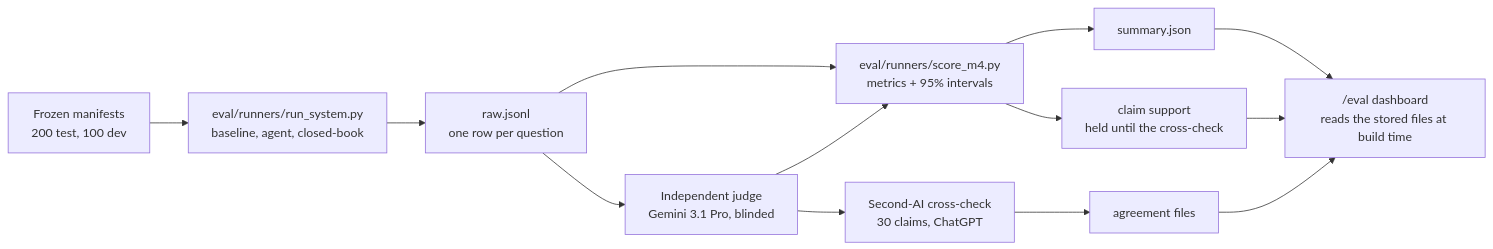
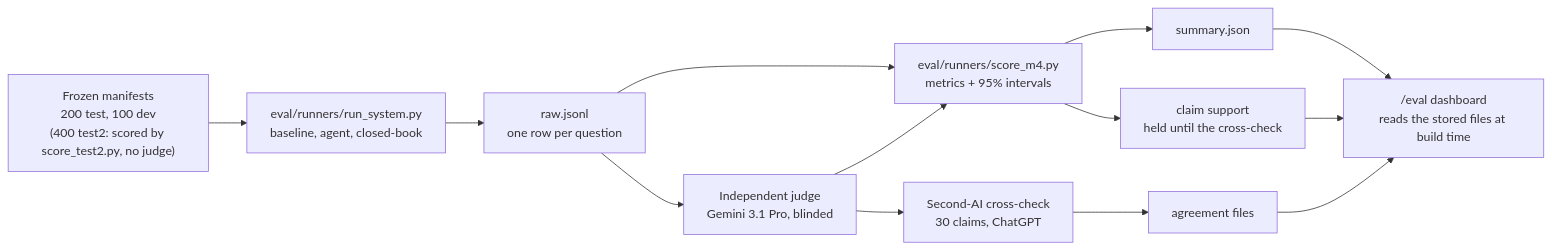
Before and after one commit to Prabh54/groundedmed: the diagram in docs/methodology.md, drawn with Mermaid. The commit also changed other lines of this file and 10 other files, not shown here.

First line of the commit message:
Publish the second test set results on the README and /eval page

````diff
--- a/docs/methodology.md
+++ b/docs/methodology.md
@@ -27,13 +29,13 @@
 ```mermaid
 flowchart LR
-    MF["Frozen manifests<br/>200 test, 100 dev"] --> RUN["eval/runners/run_system.py<br/>baseline, agent, closed-book"]
+    MF["Frozen manifests<br/>200 test, 100 dev<br/>(400 test2: scored by score_test2.py, no judge)"] --> RUN["eval/runners/run_system.py<br/>baseline, agent, closed-book"]
     RUN --> RAW["raw.jsonl<br/>one row per question"]
     RAW --> JG["Independent judge<br/>Gemini 3.1 Pro, blinded"]
     RAW --> SC["eval/runners/score_m4.py<br/>metrics + 95% intervals"]
     JG --> SC
     JG --> XC["Second-AI cross-check<br/>30 claims, ChatGPT"]
     SC --> SUM["summary.json"]
     SC --> CS["claim support<br/>held until the cross-check"]
     XC --> AG["agreement files"]
     SUM & CS & AG --> DASH["/eval dashboard<br/>reads the stored files at build time"]
 ```
````
